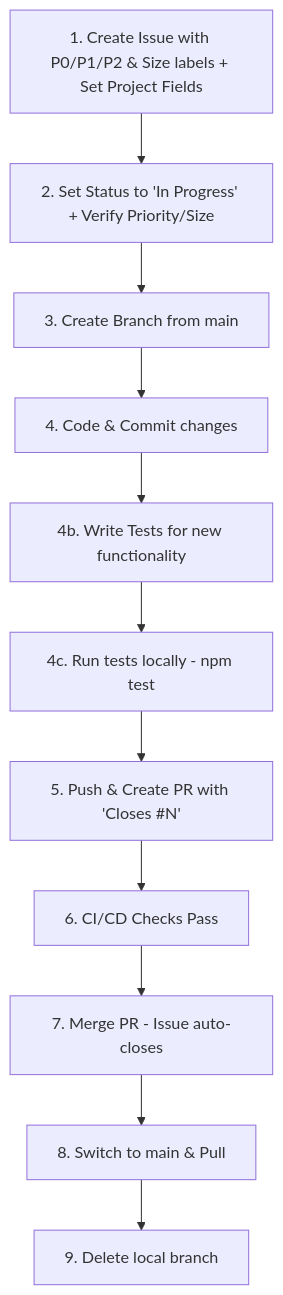
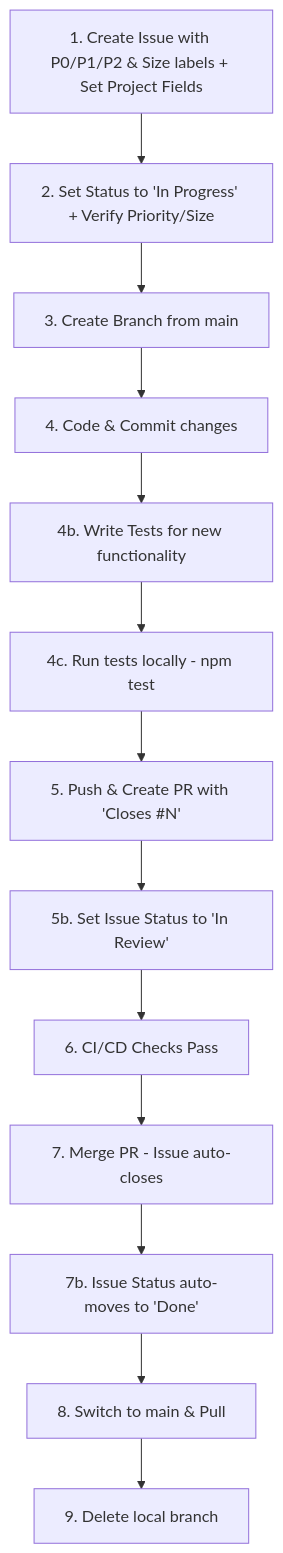
Before and after one commit to nmohamaya/Cooking_app: the diagram in MyRecipeApp/README.md, drawn with Mermaid. The commit also changed other lines of this file, not shown here.

Commit message:
docs: clarify issue status workflow
- Add 'In Review' status step after PR creation
- Clarify that issue moves to 'Done' only after PR merge
- Update workflow diagram with review status
- Improve workflow clarity for team collaboration

````diff
--- a/MyRecipeApp/README.md
+++ b/MyRecipeApp/README.md
@@ -105,13 +105,15 @@
 ```mermaid
 graph TD
     A[1. Create Issue with P0/P1/P2 & Size labels + Set Project Fields] --> B[2. Set Status to 'In Progress' + Verify Priority/Size]
     B --> C[3. Create Branch from main]
     C --> D[4. Code & Commit changes]
     D --> E[4b. Write Tests for new functionality]
     E --> F[4c. Run tests locally - npm test]
     F --> G[5. Push & Create PR with 'Closes #N']
-    G --> H[6. CI/CD Checks Pass]
-    H --> I[7. Merge PR - Issue auto-closes]
-    I --> J[8. Switch to main & Pull]
-    J --> K[9. Delete local branch]
+    G --> H[5b. Set Issue Status to 'In Review']
+    H --> I[6. CI/CD Checks Pass]
+    I --> J[7. Merge PR - Issue auto-closes]
+    J --> K[7b. Issue Status auto-moves to 'Done']
+    K --> L[8. Switch to main & Pull]
+    L --> M[9. Delete local branch]
 ```
````
